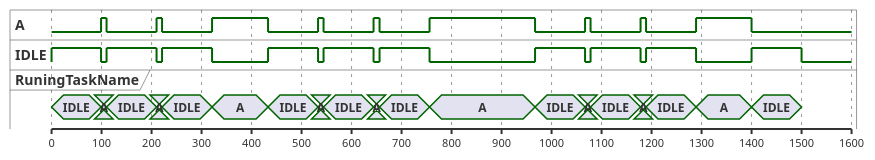
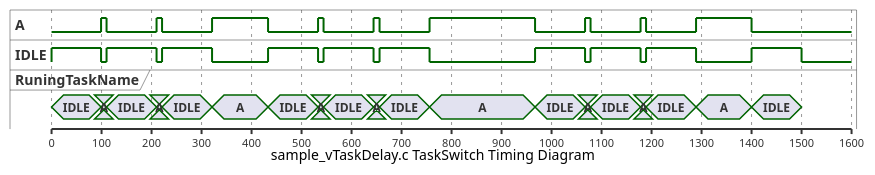
One commit to steelpipe75/freertos_training changed the diagram in training/02_Task_Control/1_vTaskDelay/MyTrace.puml. Above: the diagram before and after it, drawn with PlantUML. The commit also changed 2 other files, not shown here.

Commit message:
Add caption

```diff
--- a/training/02_Task_Control/1_vTaskDelay/MyTrace.puml
+++ b/training/02_Task_Control/1_vTaskDelay/MyTrace.puml
@@ -1,108 +1,112 @@
 @startuml
 binary "A" as A
 binary "IDLE" as IDLE
 concise "RuningTaskName" as RuningTaskName
+
+caption
+sample_vTaskDelay.c TaskSwitch Timing Diagram
+end caption
 
 scale 100 as 50 pixels
 
 @0
 A is low
 IDLE is high
 RuningTaskName is IDLE
 
 @99
 IDLE is low
 A is high
 RuningTaskName is A
 
 @110
 A is low
 IDLE is high
 RuningTaskName is IDLE
 
 @210
 IDLE is low
 A is high
 RuningTaskName is A
 
 @221
 A is low
 IDLE is high
 RuningTaskName is IDLE
 
 @321
 IDLE is low
 A is high
 RuningTaskName is A
 
 @433
 A is low
 IDLE is high
 RuningTaskName is IDLE
 
 @533
 IDLE is low
 A is high
 RuningTaskName is A
 
 @544
 A is low
 IDLE is high
 RuningTaskName is IDLE
 
 @644
 IDLE is low
 A is high
 RuningTaskName is A
 
 @656
 A is low
 IDLE is high
 RuningTaskName is IDLE
 
 @756
 IDLE is low
 A is high
 RuningTaskName is A
 
 @967
 A is low
 IDLE is high
 RuningTaskName is IDLE
 
 @1067
 IDLE is low
 A is high
 RuningTaskName is A
 
 @1078
 A is low
 IDLE is high
 RuningTaskName is IDLE
 
 @1178
 IDLE is low
 A is high
 RuningTaskName is A
 
 @1189
 A is low
 IDLE is high
 RuningTaskName is IDLE
 
 @1289
 IDLE is low
 A is high
 RuningTaskName is A
 
 @1400
 A is low
 IDLE is high
 RuningTaskName is IDLE
 
 @1500
 IDLE is {hidden}
 A is {hidden}
 RuningTaskName is {hidden}
 
 @enduml
```
